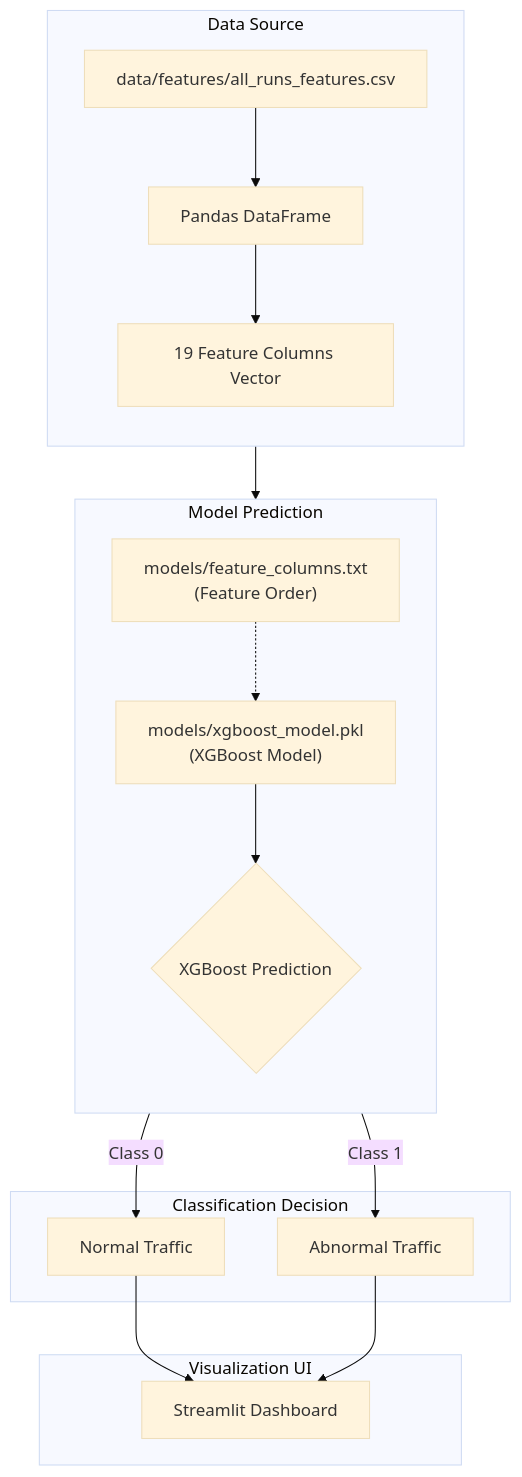
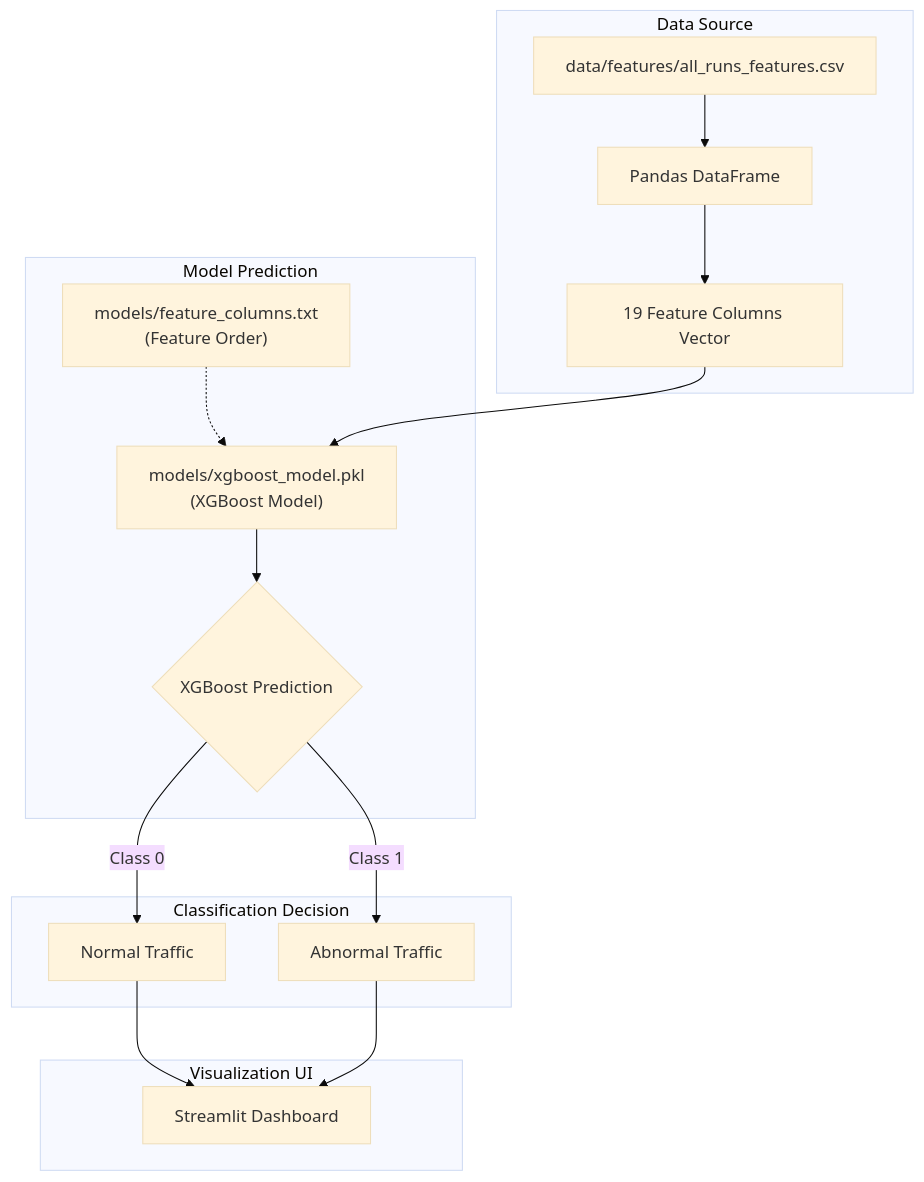
The fifth of 6 diagrams in README.md (Chinmayanand03/5G-Network-Anomaly-Detection-Using-XGBoost-Based-Telemetry-Analysis), drawn with Mermaid (base theme) before and after one commit. The commit also changed other lines of this file and 1 other file, not shown here.

````diff
--- a/README.md
+++ b/README.md
@@ -363,29 +359,27 @@
 ```mermaid
 flowchart TD
     subgraph DataInput ["Data Source"]
-        direction TB
         A["data/features/all_runs_features.csv"] --> B["Pandas DataFrame"]
         B --> C["19 Feature Columns Vector"]
     end
 
     subgraph ModelInference ["Model Prediction"]
-        direction TB
         D["models/feature_columns.txt<br/>(Feature Order)"] -.-> E["models/xgboost_model.pkl<br/>(XGBoost Model)"]
         E --> F{"XGBoost Prediction"}
     end
 
     subgraph ClassOutput ["Classification Decision"]
         G["Normal Traffic"]
         H["Abnormal Traffic"]
     end
 
     subgraph DashboardView ["Visualization UI"]
         I["Streamlit Dashboard"]
     end
 
     C --> E
     F -->|Class 0| G
     F -->|Class 1| H
     G --> I
     H --> I
 ```
````
